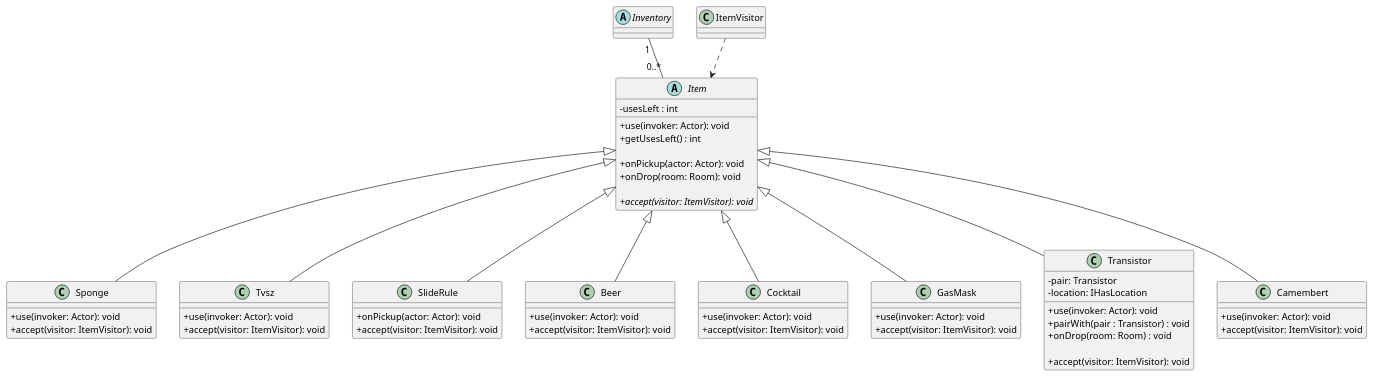
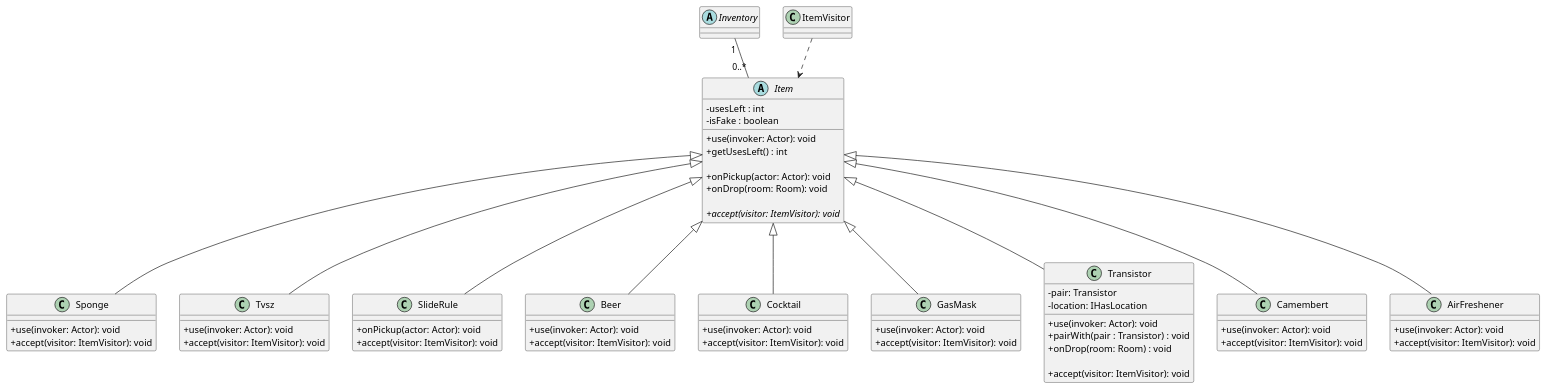
Before and after one commit to Kristof-me/Logarlec: the diagram in docs/class/items.puml, drawn with PlantUML. The commit also changed 5 other files, not shown here.

Commit message:
Updated class diagram

```diff
--- a/docs/class/items.puml
+++ b/docs/class/items.puml
@@ -1,82 +1,86 @@
 @startuml classDiagram
 skinparam classAttributeIconSize 0
 
 'Items --------------------------------------------
 abstract class Item {
     - usesLeft : int
+    - isFake : boolean
 
     + use(invoker: Actor): void
     + getUsesLeft() : int
     
     + onPickup(actor: Actor): void
     + onDrop(room: Room): void
     
     + {abstract} accept(visitor: ItemVisitor): void
 }
 
 class Sponge {
     + use(invoker: Actor): void
     + accept(visitor: ItemVisitor): void
 }
 
 class Tvsz {
     + use(invoker: Actor): void
     + accept(visitor: ItemVisitor): void
 }
 
 class SlideRule {
     + onPickup(actor: Actor): void
     + accept(visitor: ItemVisitor): void
 }
 
 class Beer {
     + use(invoker: Actor): void
     + accept(visitor: ItemVisitor): void
 }
 
 class Cocktail {
     + use(invoker: Actor): void
     + accept(visitor: ItemVisitor): void
 }
 
 class GasMask {
     + use(invoker: Actor): void
     + accept(visitor: ItemVisitor): void
 }
 
 class Transistor {
     - pair: Transistor
     - location: IHasLocation
     + use(invoker: Actor): void
     + pairWith(pair : Transistor) : void
     + onDrop(room: Room) : void
 
     + accept(visitor: ItemVisitor): void
 }
 
 class Camembert {
     + use(invoker: Actor): void
     + accept(visitor: ItemVisitor): void
 }
 
+class AirFreshener {
+    + use(invoker: Actor): void
+    + accept(visitor: ItemVisitor): void
+}
+
 abstract class Inventory {
 
 }
 
 Item <|-- Sponge
 Item <|-- Tvsz
 Item <|-- SlideRule
 Item <|-- Beer
 Item <|-- Cocktail
 Item <|-- GasMask
 Item <|-- Transistor
 Item <|-- Camembert
-
+Item <|-- AirFreshener
 
 Inventory "1" -- "0..*" Item
 
-
 ItemVisitor ..> Item
 
-
 @enduml
```
